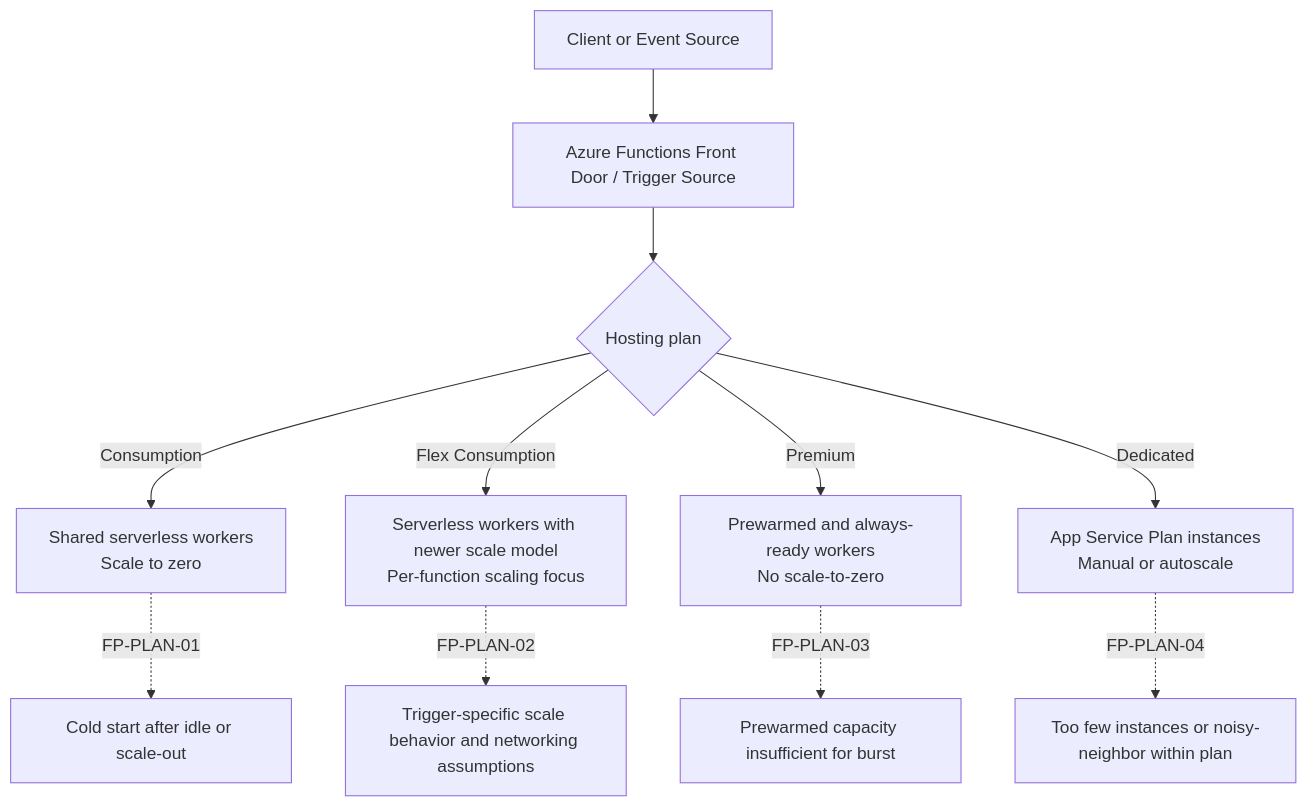
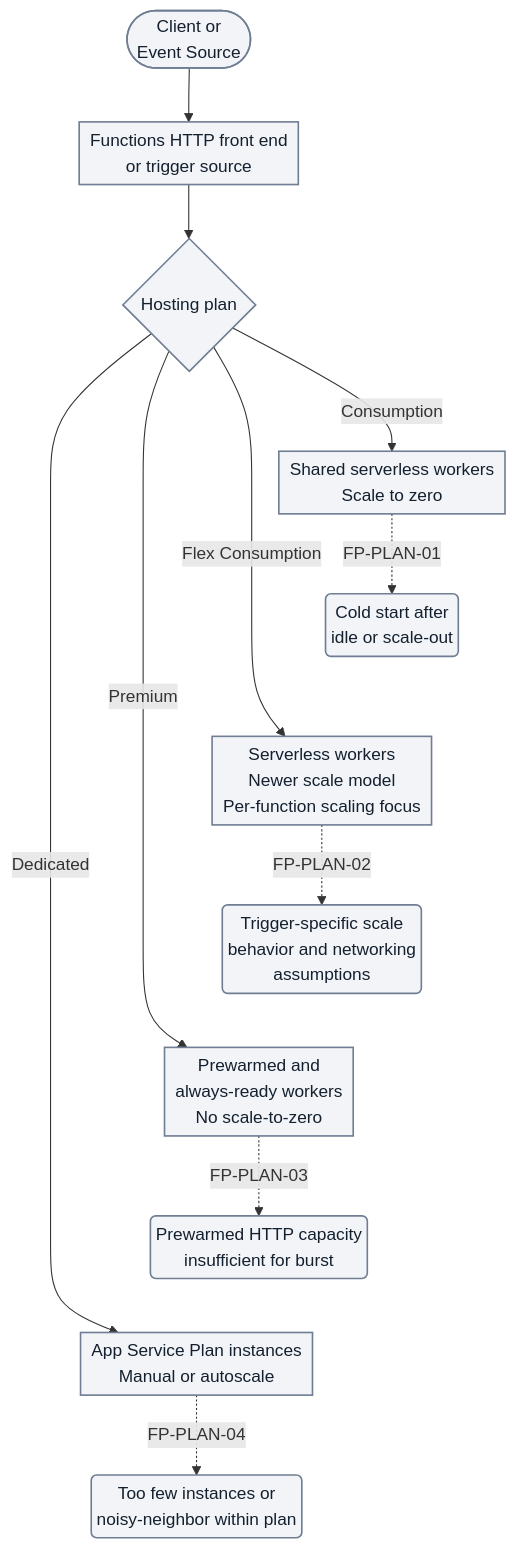
Before and after one commit to yeongseon/azure-functions-practical-guide: the first of 10 diagrams in docs/troubleshooting/architecture-components-reference.md, drawn with Mermaid. The commit also changed other lines of this file and 1 other file, not shown here.

First line of the commit message:
docs(diagrams): migrate Functions troubleshooting overview — architecture components reference (#452)

````diff
--- a/docs/troubleshooting/architecture-components-reference.md
+++ b/docs/troubleshooting/architecture-components-reference.md
@@ -219,14 +224,23 @@
 ```mermaid
+%%{init: {'flowchart': {'nodeSpacing': 10, 'padding': 5}}}%%
 flowchart TD
-    A[Client or Event Source] --> B["Azure Functions Front Door / Trigger Source"]
+    accTitle: Hosting plan diagnostic routing
+    accDescr: Illustrative routing by hosting plan to four candidate failure points, not proof of an incident cause. HTTP front-end routing and non-HTTP trigger sources are alternatives, not a mandatory Azure Front Door deployment.
+    A(["Client or<br/>Event Source"]) --> B["Functions HTTP front end<br/>or trigger source"]
     B --> C{Hosting plan}
-    C -->|Consumption| D[Shared serverless workers\nScale to zero]
-    C -->|Flex Consumption| E[Serverless workers with newer scale model\nPer-function scaling focus]
-    C -->|Premium| F[Prewarmed and always-ready workers\nNo scale-to-zero]
-    C -->|Dedicated| G[App Service Plan instances\nManual or autoscale]
+    C -->|Consumption| D["Shared serverless workers<br/>Scale to zero"]
+    C -->|Flex Consumption| E["Serverless workers<br/>Newer scale model<br/>Per-function scaling focus"]
+    C -->|Premium| F["Prewarmed and<br/>always-ready workers<br/>No scale-to-zero"]
+    C -->|Dedicated| G["App Service Plan instances<br/>Manual or autoscale"]
 
-    D -. FP-PLAN-01 .-> D1[Cold start after idle or scale-out]
-    E -. FP-PLAN-02 .-> E1[Trigger-specific scale behavior and networking assumptions]
-    F -. FP-PLAN-03 .-> F1[Prewarmed capacity insufficient for burst]
-    G -. FP-PLAN-04 .-> G1[Too few instances or noisy-neighbor within plan]
+    D -. FP-PLAN-01 .-> D1("Cold start after<br/>idle or scale-out")
+    E -. FP-PLAN-02 .-> E1("Trigger-specific scale<br/>behavior and networking<br/>assumptions")
+    F -. FP-PLAN-03 .-> F1("Prewarmed HTTP capacity<br/>insufficient for burst")
+    G -. FP-PLAN-04 .-> G1("Too few instances or<br/>noisy-neighbor within plan")
+    %% Layout-only links serialize categories; they add no diagnostic steps or arrows.
+    D1 ~~~ E
+    E1 ~~~ F
+    F1 ~~~ G
+    classDef baseNeutral fill:#f2f4f8,stroke:#707e93,stroke-width:1.5px,color:#14202e;
+    class A,B,C,D,E,F,G,D1,E1,F1,G1 baseNeutral;
 ```
````
